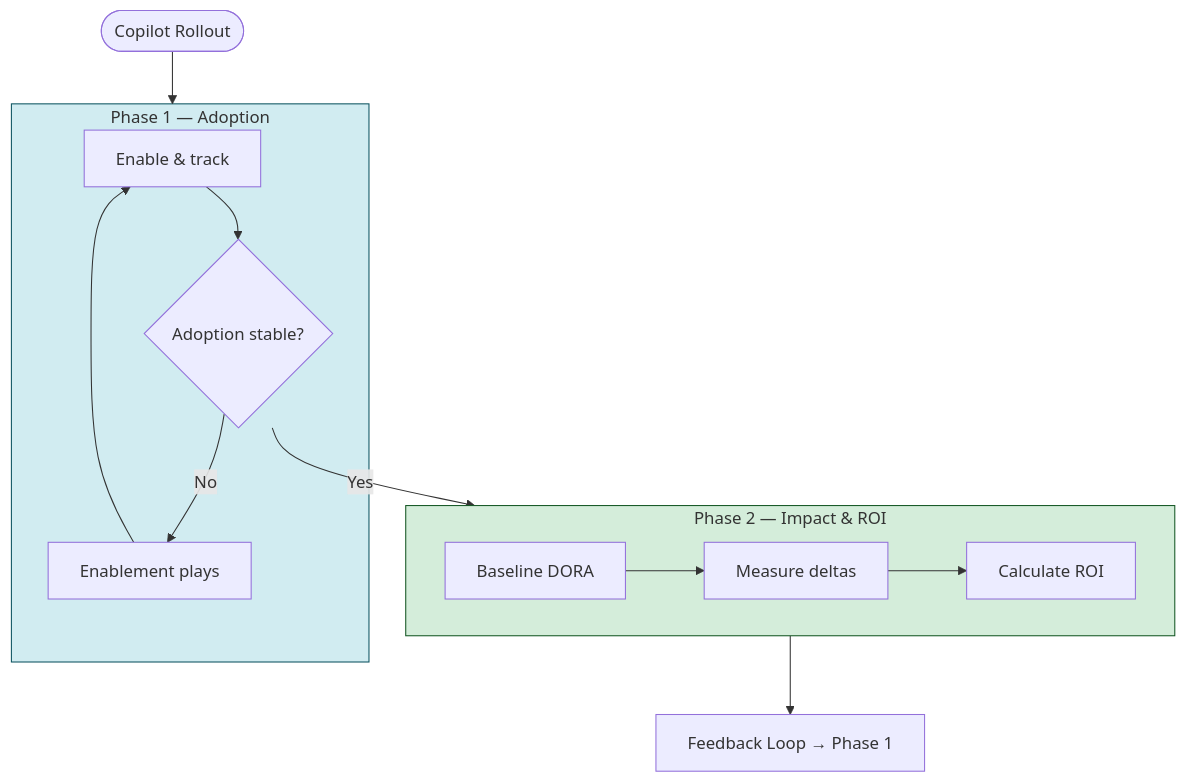
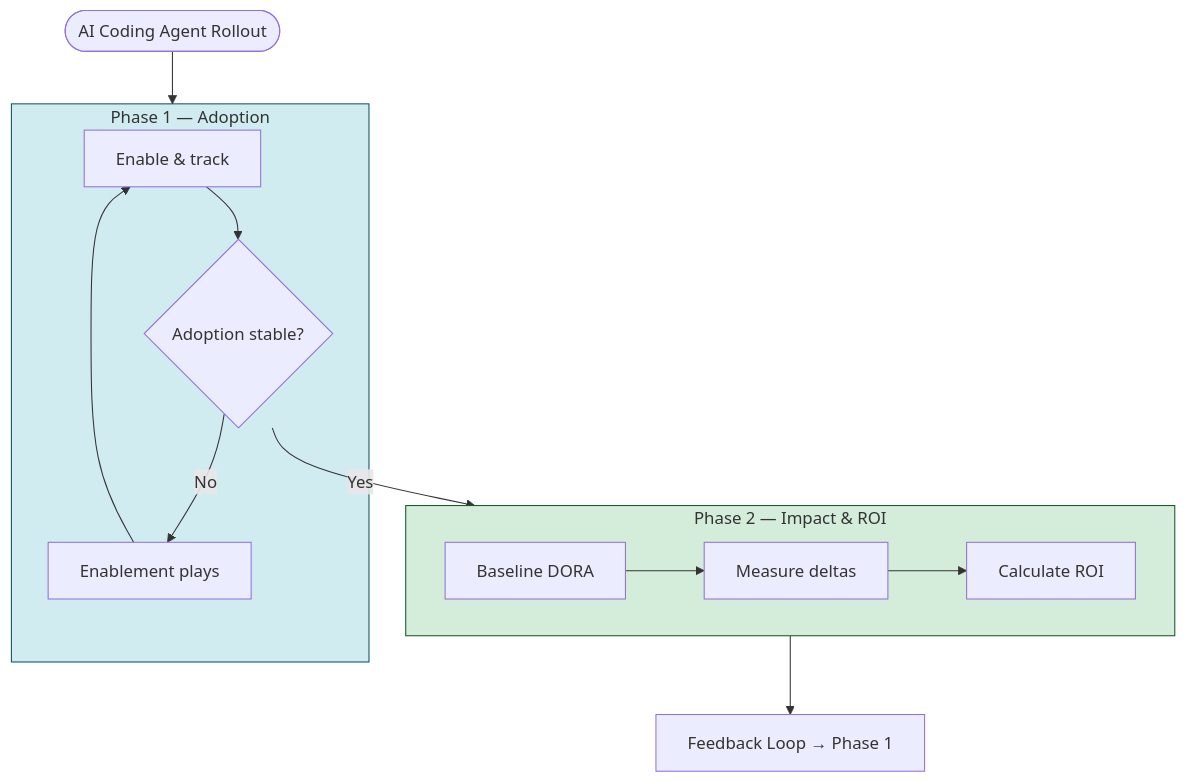
The diagram in docs/measurement-journey.md (DevExpGbb/copilot-metrics-roi-toolkit), drawn with Mermaid before and after one commit. The commit also changed other lines of this file and 32 other files, not shown here.

````diff
--- a/docs/measurement-journey.md
+++ b/docs/measurement-journey.md
@@ -17,19 +17,19 @@
 ```mermaid
 flowchart TD
-    Start([Copilot Rollout]) --> P1
+    Start([AI Coding Agent Rollout]) --> P1
 
     subgraph P1 [Phase 1 — Adoption]
         A1[Enable & track] --> A2{Adoption stable?}
         A2 -- No --> A3[Enablement plays] --> A1
     end
 
     subgraph P2 [Phase 2 — Impact & ROI]
         B1[Baseline DORA] --> B2[Measure deltas] --> B3[Calculate ROI]
     end
 
     A2 -- Yes --> P2
     P2 --> FB[Feedback Loop → Phase 1]
 
     style P1 fill:#d1ecf1,stroke:#0c5460
     style P2 fill:#d4edda,stroke:#155724
 ```
````
